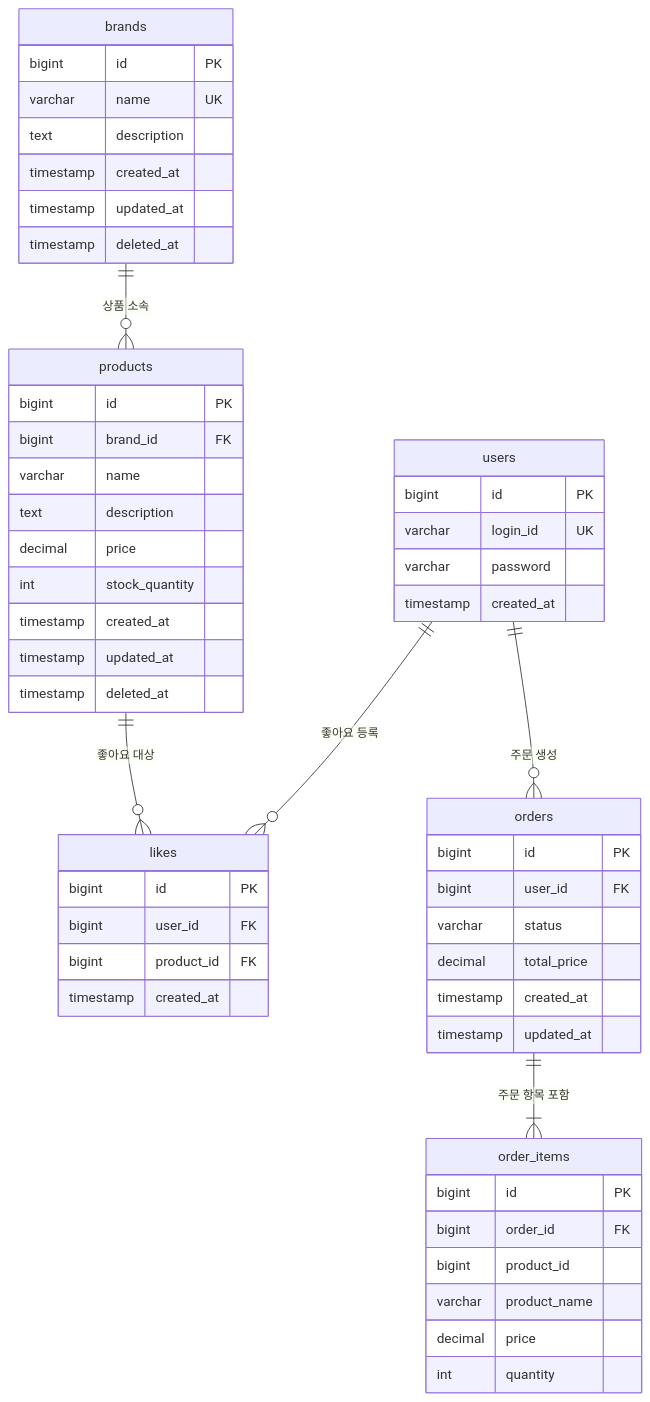
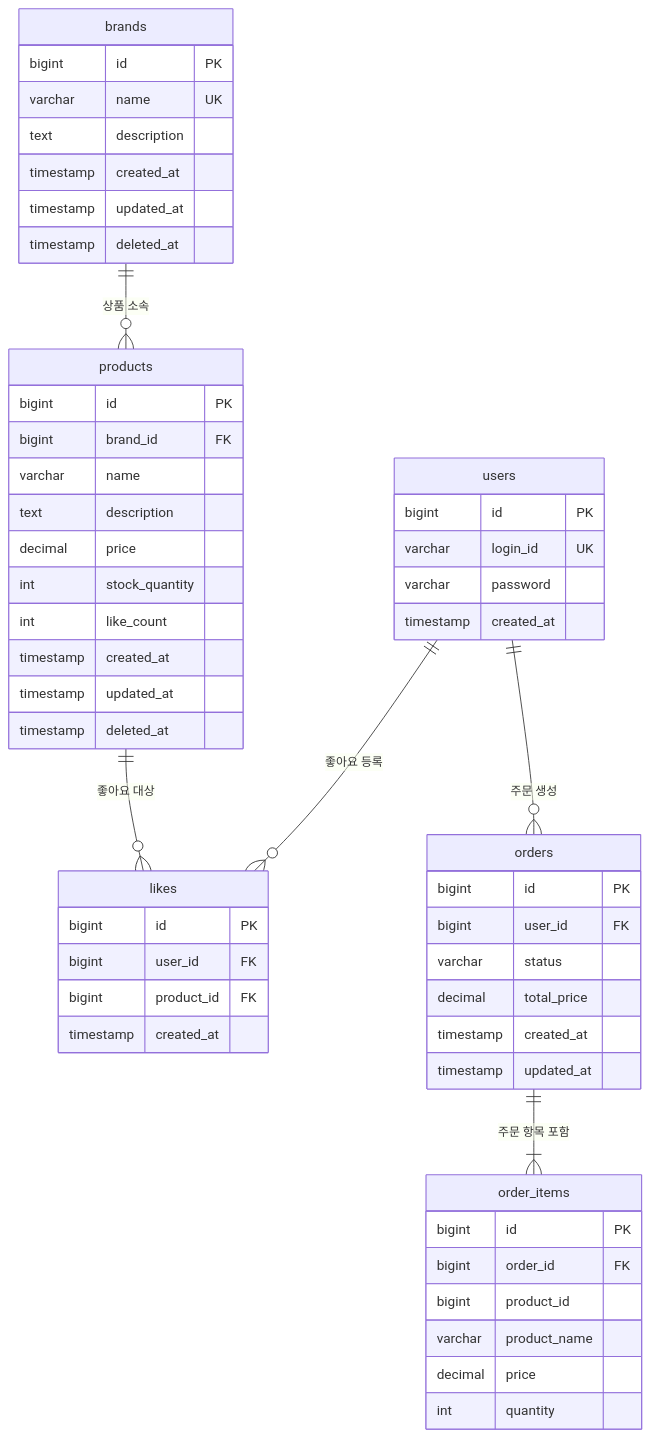
One commit to yeonjoo7/loop-pack-be-l2-vol4-kotlin changed the diagram in docs/week2/04-erd.md. Above: the diagram before and after it, drawn with Mermaid. The commit also changed 1 other file, not shown here.

Commit message:
docs: remove OrderItemSnapshot VO, add like_count to ERD
- OrderItemSnapshot 제거: OrderItem 자체가 스냅샷 역할 수행
- Product.toSnapshot() → toOrderItem(quantity)으로 단순화
- ERD products 테이블에 like_count 컬럼 추가

https://claude.ai/code/session_019WBWjefkgawTKtp8sDjSwL

````diff
--- a/docs/week2/04-erd.md
+++ b/docs/week2/04-erd.md
@@ -15,61 +15,62 @@
 ```mermaid
 erDiagram
     users {
         bigint id PK
         varchar login_id UK
         varchar password
         timestamp created_at
     }
 
     brands {
         bigint id PK
         varchar name UK
         text description
         timestamp created_at
         timestamp updated_at
         timestamp deleted_at
     }
 
     products {
         bigint id PK
         bigint brand_id FK
         varchar name
         text description
         decimal price
         int stock_quantity
+        int like_count
         timestamp created_at
         timestamp updated_at
         timestamp deleted_at
     }
 
     likes {
         bigint id PK
         bigint user_id FK
         bigint product_id FK
         timestamp created_at
     }
 
     orders {
         bigint id PK
         bigint user_id FK
         varchar status
         decimal total_price
         timestamp created_at
         timestamp updated_at
     }
 
     order_items {
         bigint id PK
         bigint order_id FK
         bigint product_id
         varchar product_name
         decimal price
         int quantity
     }
 
     users ||--o{ likes : "좋아요 등록"
     users ||--o{ orders : "주문 생성"
     brands ||--o{ products : "상품 소속"
     products ||--o{ likes : "좋아요 대상"
     orders ||--|{ order_items : "주문 항목 포함"
 ```
````
